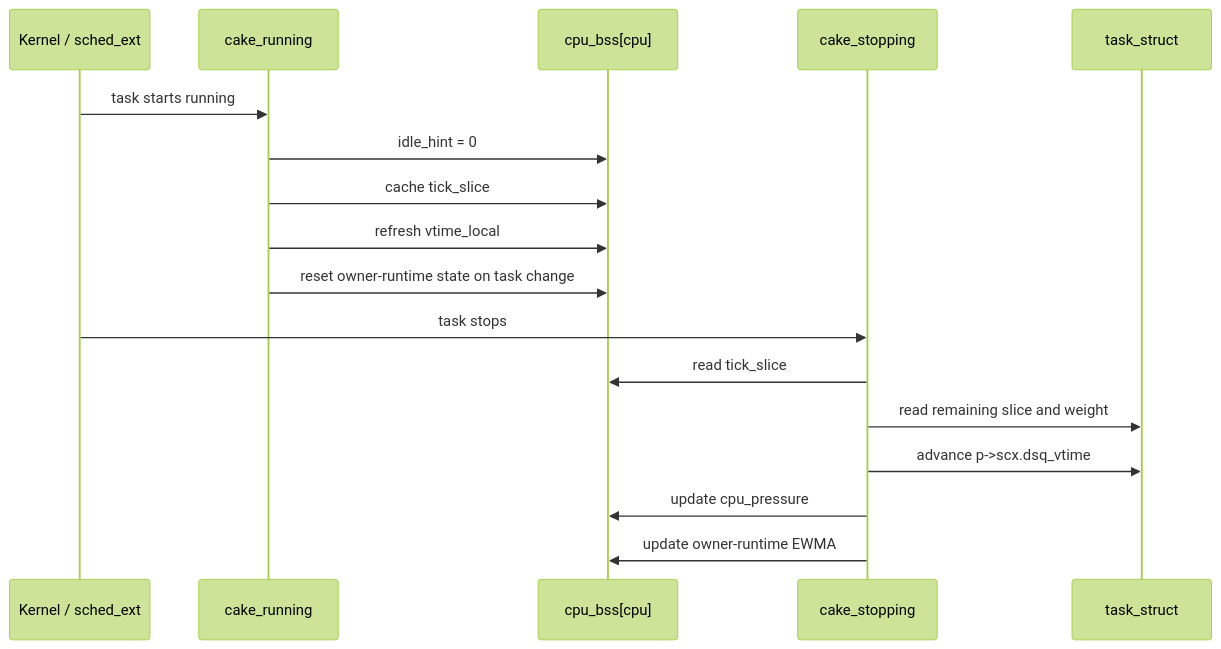
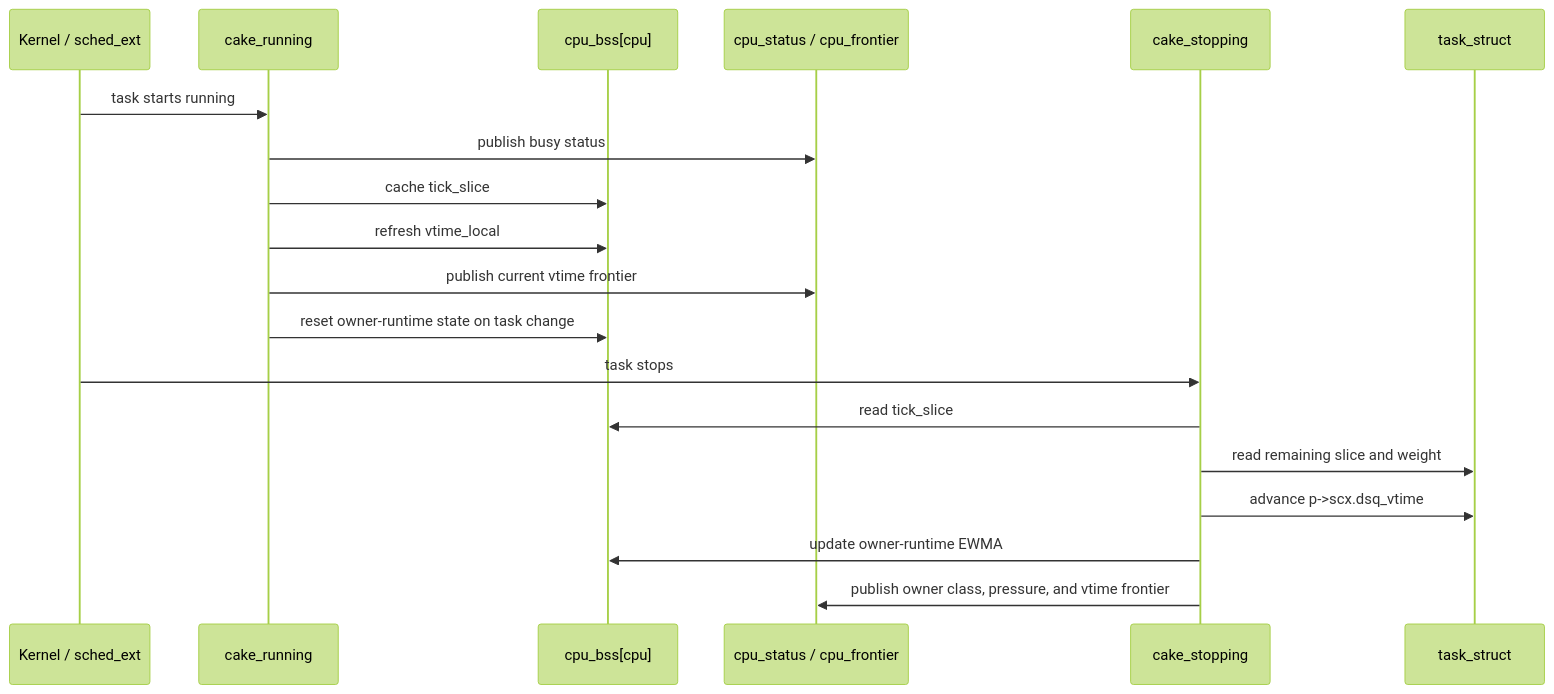
The second of 2 diagrams in scheds/rust/scx_cake/README.md (RitzDaCat/scx), drawn with Mermaid (forest theme) before and after one commit. The commit also changed other lines of this file and 22 other files, not shown here.

````diff
--- a/scheds/rust/scx_cake/README.md
+++ b/scheds/rust/scx_cake/README.md
@@ -184,21 +255,23 @@
 ```mermaid
 sequenceDiagram
     participant K as Kernel / sched_ext
     participant R as cake_running
     participant B as cpu_bss[cpu]
+    participant P as cpu_status / cpu_frontier
     participant S as cake_stopping
     participant T as task_struct
 
     K->>R: task starts running
-    R->>B: idle_hint = 0
+    R->>P: publish busy status
     R->>B: cache tick_slice
     R->>B: refresh vtime_local
+    R->>P: publish current vtime frontier
     R->>B: reset owner-runtime state on task change
 
     K->>S: task stops
     S->>B: read tick_slice
     S->>T: read remaining slice and weight
     S->>T: advance p->scx.dsq_vtime
-    S->>B: update cpu_pressure
     S->>B: update owner-runtime EWMA
+    S->>P: publish owner class, pressure, and vtime frontier
 ```
````
